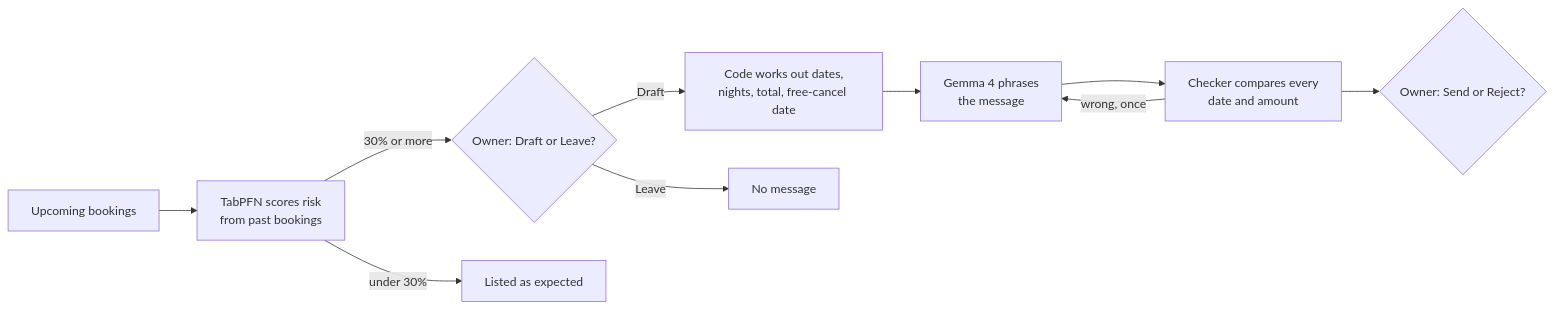
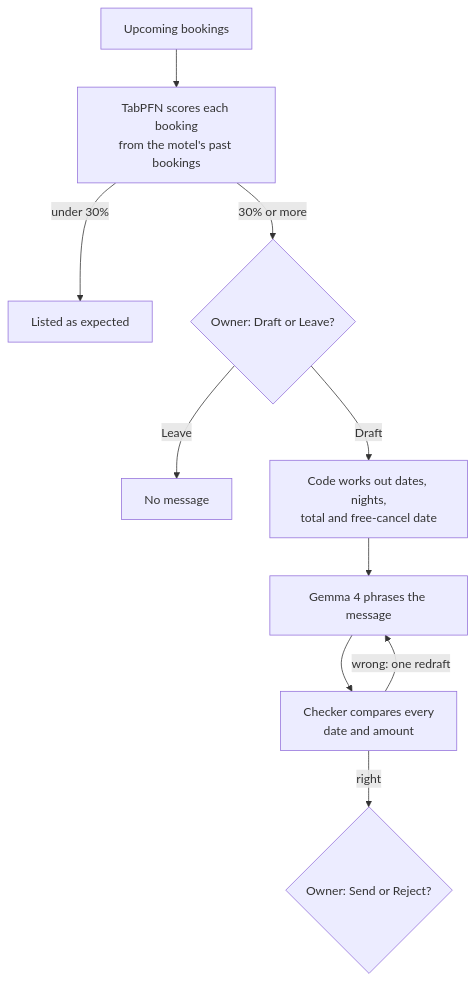
Before and after one commit to My-CMDhub/no-show-desk: the diagram in README.md, drawn with Mermaid.

Commit message:
docs: top-down flow diagram that fits GitHub's frame

````diff
--- a/README.md
+++ b/README.md
@@ -46,12 +46,12 @@
 ```mermaid
-flowchart LR
-    A[Upcoming bookings] --> B[TabPFN scores risk<br/>from past bookings]
+flowchart TD
+    A[Upcoming bookings] --> B[TabPFN scores each booking<br/>from the motel's past bookings]
+    B -->|under 30%| Z[Listed as expected]
     B -->|30% or more| C{Owner: Draft or Leave?}
-    B -->|under 30%| Z[Listed as expected]
-    C -->|Draft| D[Code works out dates,<br/>nights, total, free-cancel date]
-    D --> E[Gemma 4 phrases<br/>the message]
+    C -->|Leave| H[No message]
+    C -->|Draft| D[Code works out dates, nights,<br/>total and free-cancel date]
+    D --> E[Gemma 4 phrases the message]
     E --> F[Checker compares every<br/>date and amount]
-    F -->|wrong, once| E
-    F --> G{Owner: Send or Reject?}
-    C -->|Leave| H[No message]
+    F -->|wrong: one redraft| E
+    F -->|right| G{Owner: Send or Reject?}
 ```
````
